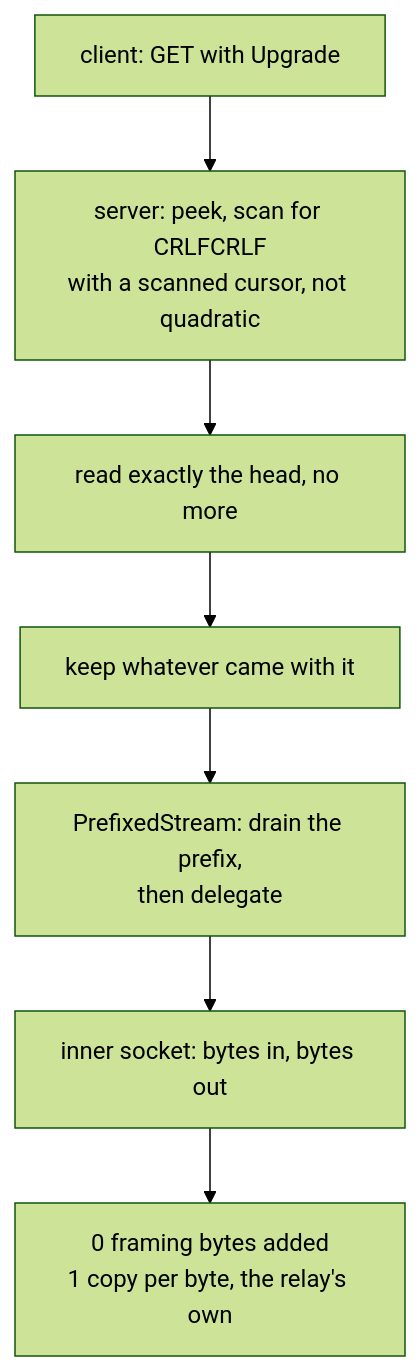
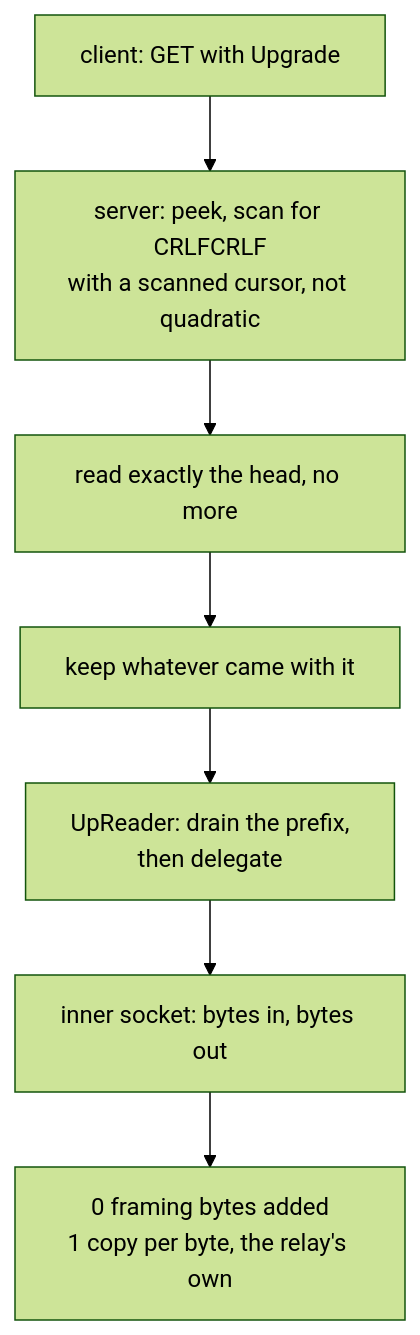
The diagram in docs/function/carrier-httpupgrade.md (Ferrocite/ferrox), drawn with Mermaid (forest theme) before and after one commit. The commit also changed other lines of this file and 1 other file, not shown here.

````diff
--- a/docs/function/carrier-httpupgrade.md
+++ b/docs/function/carrier-httpupgrade.md
@@ -22,9 +22,9 @@
 ```mermaid
 graph TD
     C["client: GET with Upgrade"] --> S["server: peek, scan for CRLFCRLF<br/>with a scanned cursor, not quadratic"]
     S --> R["read exactly the head, no more"]
     R --> P["keep whatever came with it"]
-    P --> X["PrefixedStream: drain the prefix,<br/>then delegate"]
+    P --> X["UpReader: drain the prefix,<br/>then delegate"]
     X --> B["inner socket: bytes in, bytes out"]
     B --> Z["0 framing bytes added<br/>1 copy per byte, the relay's own"]
 ```
````
